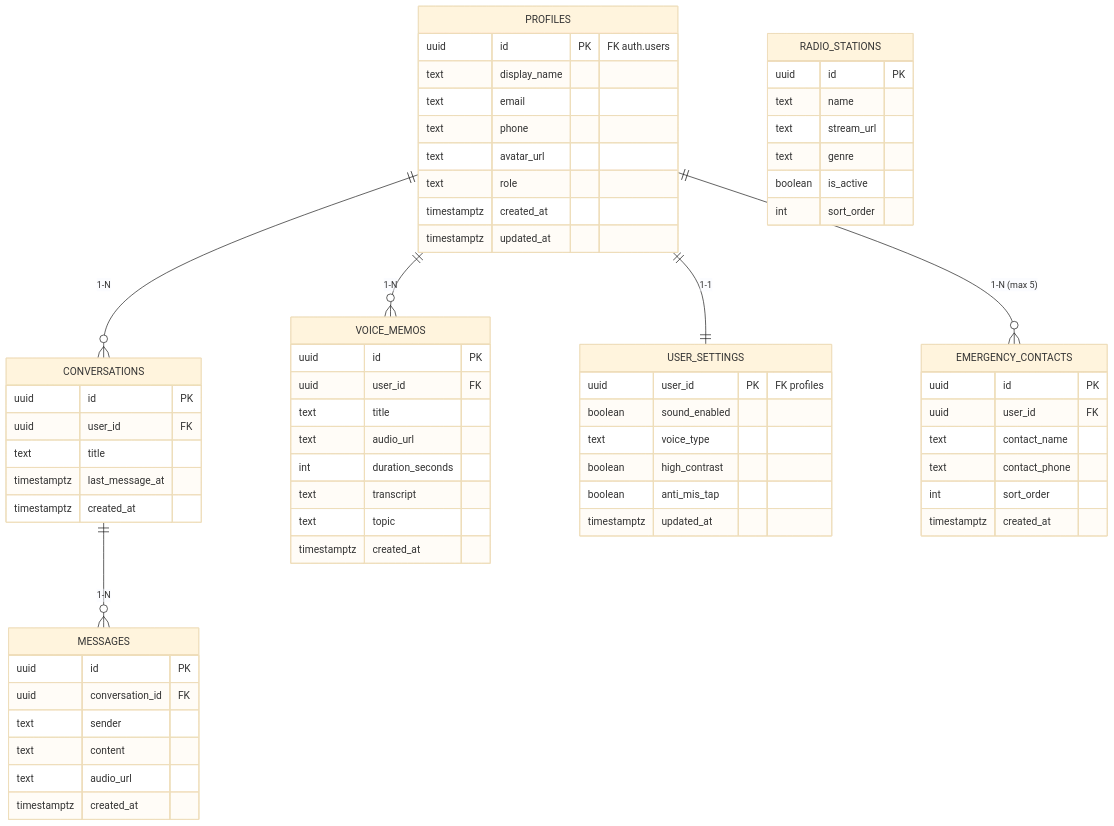
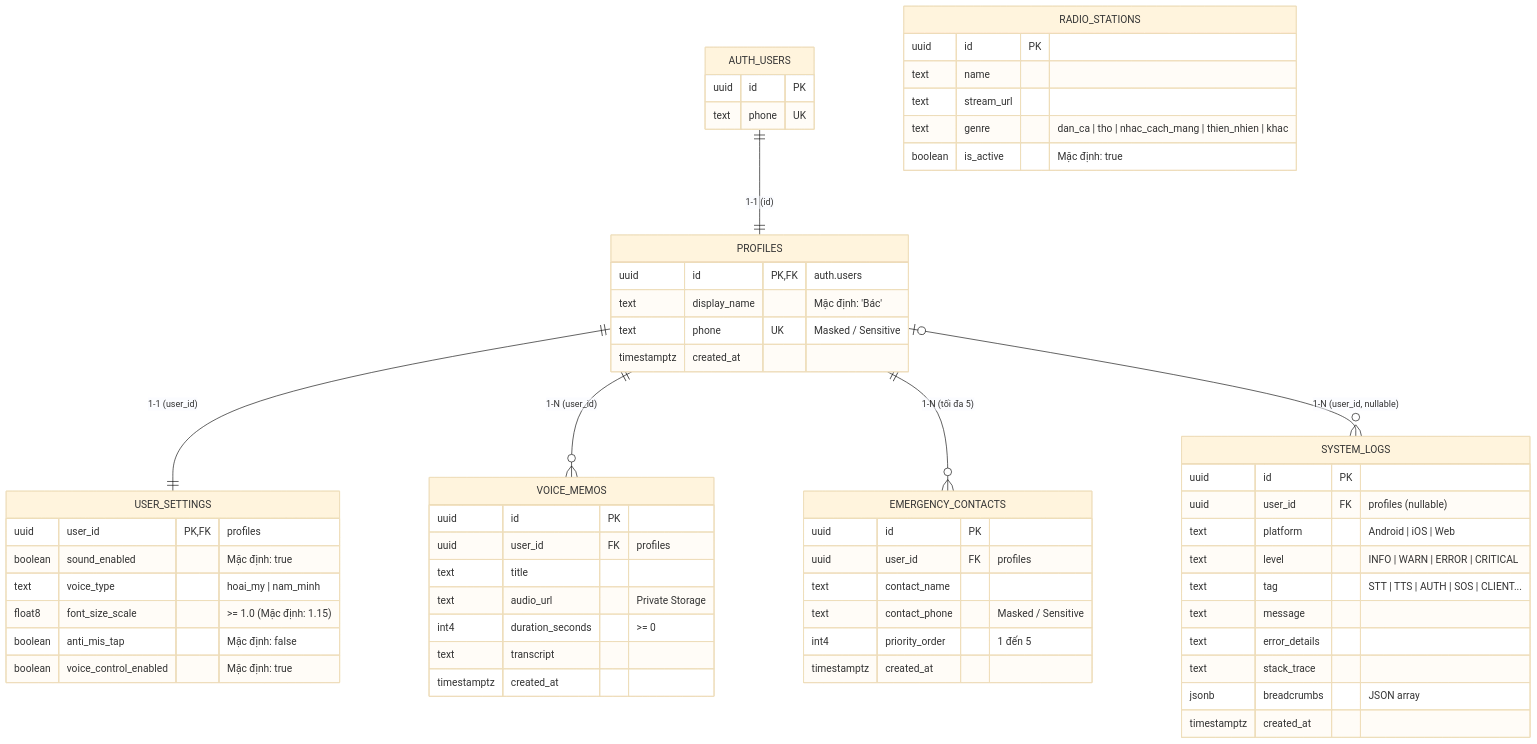
Before and after one commit to hoangtranduchai/emoheal: the diagram in .claude/docs/database_schema.md, drawn with Mermaid (base theme). The commit also changed other lines of this file and 238 other files, not shown here.

Commit message:
feat: upgrade EmoHeal branding, Gemini Live native audio, prebundled voice guides, lotus breathing subtitles, and full system logging

````diff
--- a/.claude/docs/database_schema.md
+++ b/.claude/docs/database_schema.md
@@ -9,74 +11,69 @@
 ```mermaid
 erDiagram
-    PROFILES ||--o{ CONVERSATIONS : "1-N"
-    PROFILES ||--o{ VOICE_MEMOS : "1-N"
-    PROFILES ||--|| USER_SETTINGS : "1-1"
-    CONVERSATIONS ||--o{ MESSAGES : "1-N"
-    
+    AUTH_USERS ||--|| PROFILES : "1-1 (id)"
+    PROFILES ||--|| USER_SETTINGS : "1-1 (user_id)"
+    PROFILES ||--o{ VOICE_MEMOS : "1-N (user_id)"
+    PROFILES ||--o{ EMERGENCY_CONTACTS : "1-N (tối đa 5)"
+    PROFILES |o--o{ SYSTEM_LOGS : "1-N (user_id, nullable)"
+
+    AUTH_USERS {
+        uuid id PK
+        text phone UK
+    }
+
     PROFILES {
-        uuid id PK "FK auth.users"
-        text display_name
-        text email
-        text phone
-        text avatar_url
-        text role
-        timestamptz created_at
-        timestamptz updated_at
-    }
-    
-    CONVERSATIONS {
-        uuid id PK
-        uuid user_id FK
-        text title
-        timestamptz last_message_at
+        uuid id PK, FK "auth.users"
+        text display_name "Mặc định: 'Bác'"
+        text phone UK "Masked / Sensitive"
         timestamptz created_at
     }
-    
-    MESSAGES {
+
+    USER_SETTINGS {
+        uuid user_id PK, FK "profiles"
+        boolean sound_enabled "Mặc định: true"
+        text voice_type "hoai_my | nam_minh"
+        float8 font_size_scale ">= 1.0 (Mặc định: 1.15)"
+        boolean anti_mis_tap "Mặc định: false"
+        boolean voice_control_enabled "Mặc định: true"
+    }
+
+    VOICE_MEMOS {
         uuid id PK
-        uuid conversation_id FK
-        text sender
-        text content
-        text audio_url
+        uuid user_id FK "profiles"
+        text title
+        text audio_url "Private Storage"
+        int4 duration_seconds ">= 0"
+        text transcript
         timestamptz created_at
     }
-    
-    VOICE_MEMOS {
-        uuid id PK
-        uuid user_id FK
-        text title
-        text audio_url
-        int duration_seconds
-        text transcript
-        text topic
-        timestamptz created_at
-    }
-    
-    USER_SETTINGS {
-        uuid user_id PK "FK profiles"
-        boolean sound_enabled
-        text voice_type
-        boolean high_contrast
-        boolean anti_mis_tap
-        timestamptz updated_at
-    }
-    
+
     RADIO_STATIONS {
         uuid id PK
         text name
         text stream_url
-        text genre
-        boolean is_active
-        int sort_order
+        text genre "dan_ca | tho | nhac_cach_mang | thien_nhien | khac"
+        boolean is_active "Mặc định: true"
     }
-    
-    PROFILES ||--o{ EMERGENCY_CONTACTS : "1-N (max 5)"
+
     EMERGENCY_CONTACTS {
         uuid id PK
-        uuid user_id FK
+        uuid user_id FK "profiles"
         text contact_name
-        text contact_phone
-        int sort_order
+        text contact_phone "Masked / Sensitive"
+        int4 priority_order "1 đến 5"
+        timestamptz created_at
+    }
+
+    SYSTEM_LOGS {
+        uuid id PK
+        uuid user_id FK "profiles (nullable)"
+        text platform "Android | iOS | Web"
+        text level "INFO | WARN | ERROR | CRITICAL"
+        text tag "STT | TTS | AUTH | SOS | CLIENT..."
+        text message
+        text error_details
+        text stack_trace
+        jsonb breadcrumbs "JSON array"
         timestamptz created_at
     }
 ```
````
